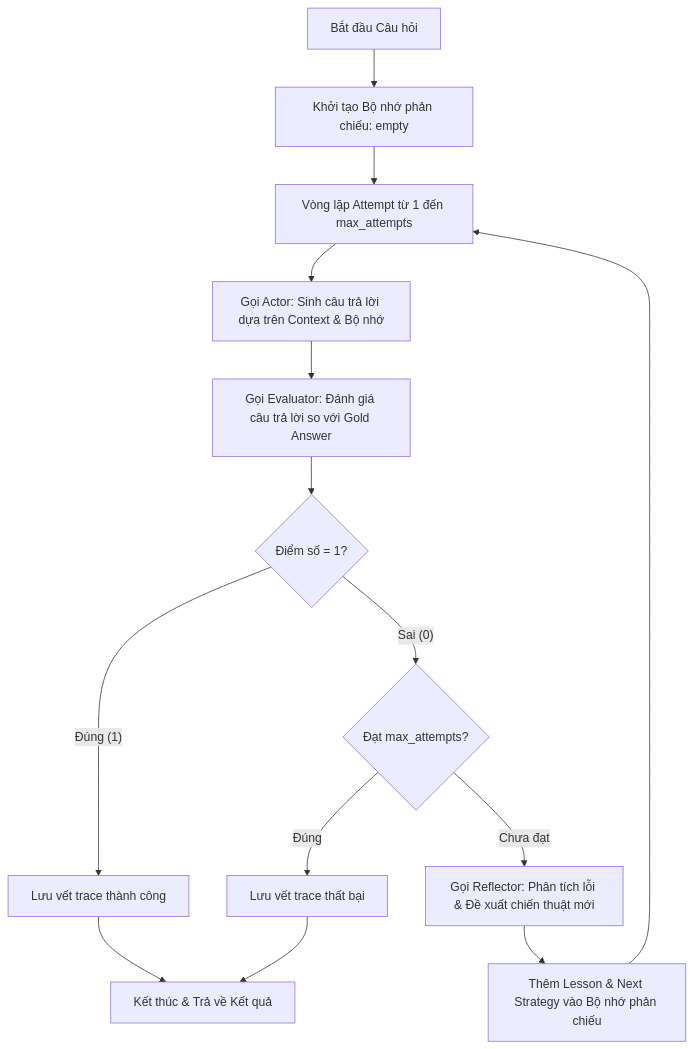
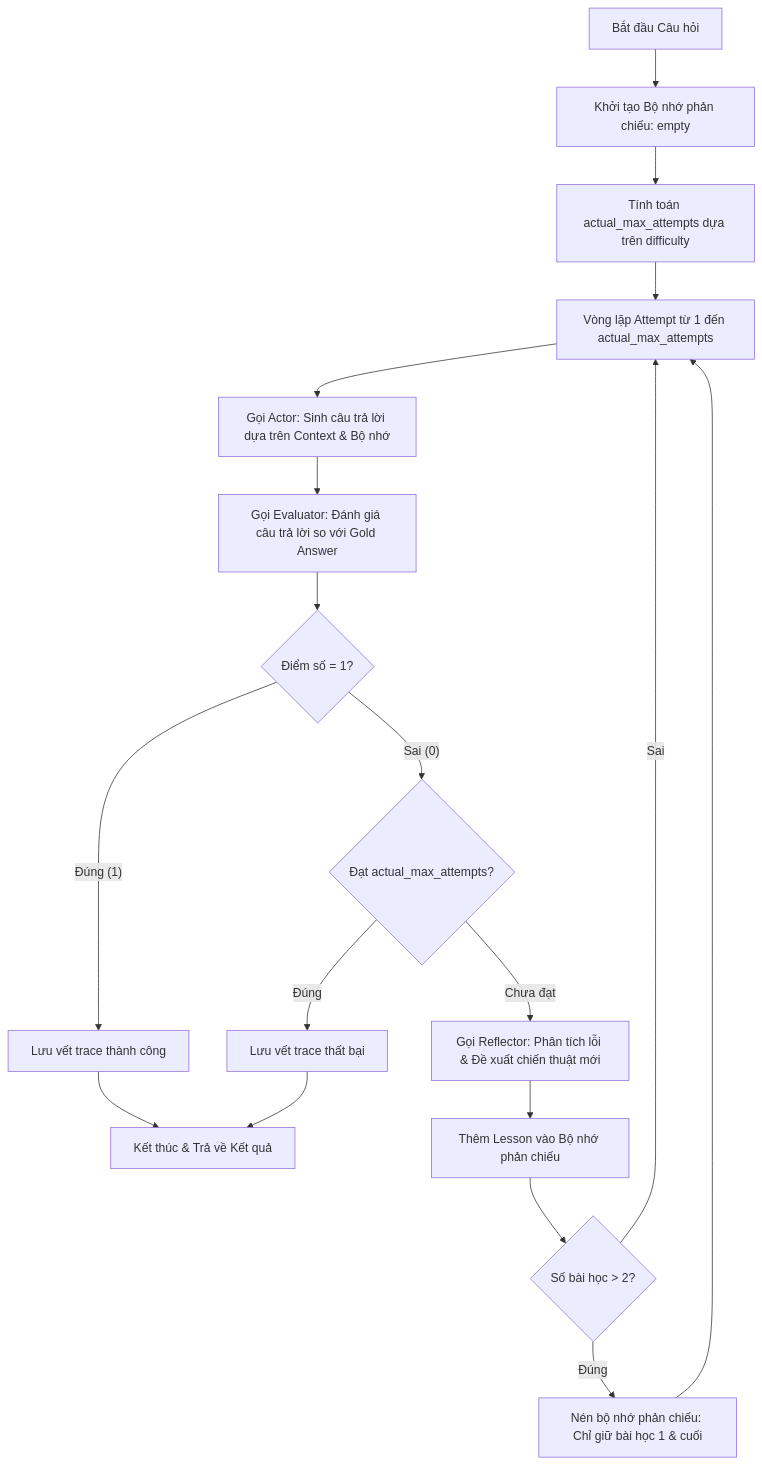
One commit to Hirin/phase1-track3-lab1-advanced-agent changed the diagram in REPORT.md. Above: the diagram before and after it, drawn with Mermaid. The commit also changed other lines of this file and 4 other files, not shown here.

````diff
--- a/REPORT.md
+++ b/REPORT.md
@@ -19,16 +15,20 @@
 ```mermaid
 graph TD
     A[Bắt đầu Câu hỏi] --> B[Khởi tạo Bộ nhớ phản chiếu: empty]
-    B --> C[Vòng lặp Attempt từ 1 đến max_attempts]
+    B --> B1[Tính toán actual_max_attempts dựa trên difficulty]
+    B1 --> C[Vòng lặp Attempt từ 1 đến actual_max_attempts]
     C --> D[Gọi Actor: Sinh câu trả lời dựa trên Context & Bộ nhớ]
     D --> E[Gọi Evaluator: Đánh giá câu trả lời so với Gold Answer]
     E --> F{Điểm số = 1?}
     F -- Đúng (1) --> G[Lưu vết trace thành công]
     G --> H[Kết thúc & Trả về Kết quả]
-    F -- Sai (0) --> I{Đạt max_attempts?}
+    F -- Sai (0) --> I{Đạt actual_max_attempts?}
     I -- Đúng --> J[Lưu vết trace thất bại]
     J --> H
     I -- Chưa đạt --> K[Gọi Reflector: Phân tích lỗi & Đề xuất chiến thuật mới]
-    K --> L[Thêm Lesson & Next Strategy vào Bộ nhớ phản chiếu]
-    L --> C
+    K --> L[Thêm Lesson vào Bộ nhớ phản chiếu]
+    L --> L1{Số bài học > 2?}
+    L1 -- Đúng --> L2[Nén bộ nhớ phản chiếu: Chỉ giữ bài học 1 & cuối]
+    L1 -- Sai --> C
+    L2 --> C
 ```
````
